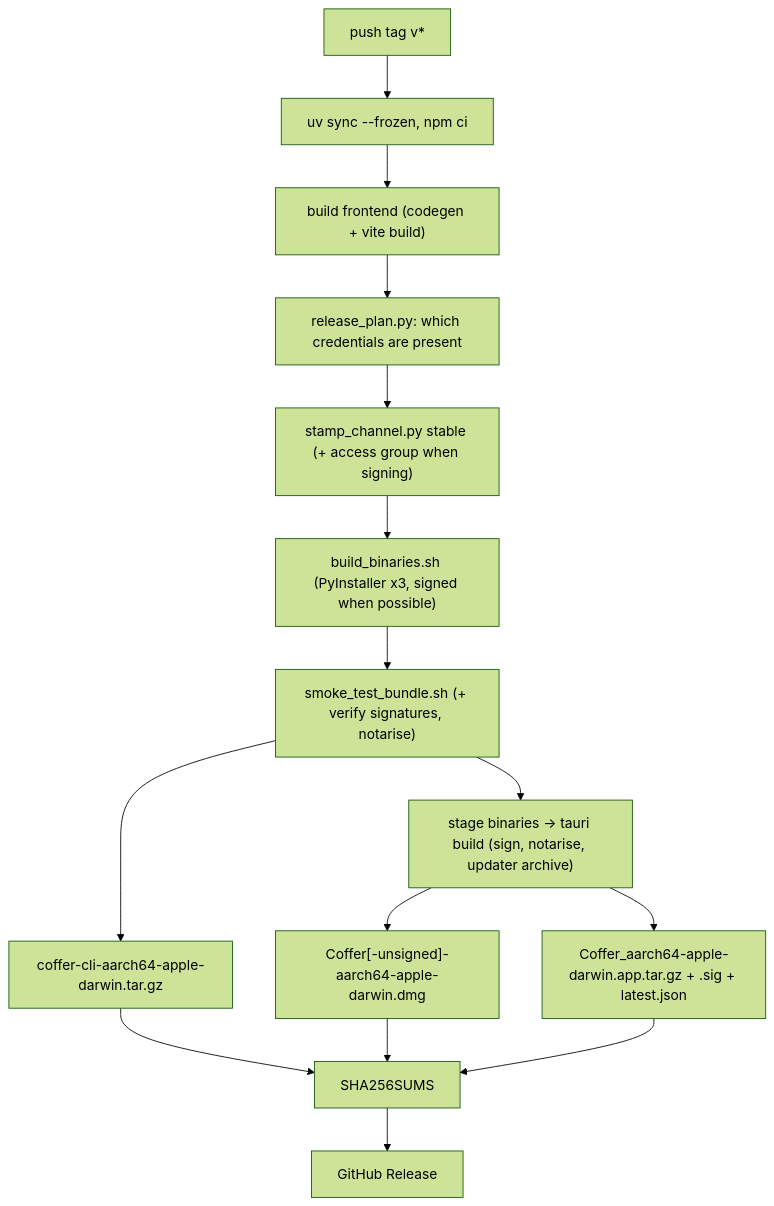
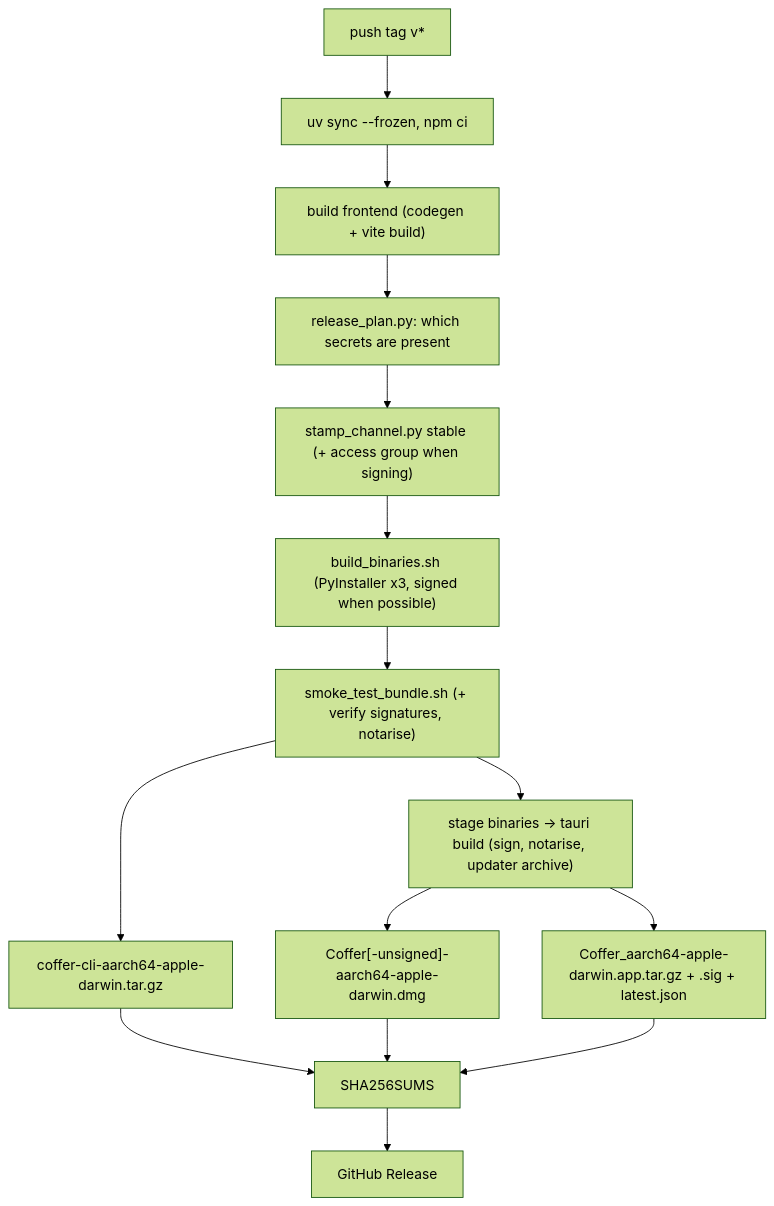
The first of 4 diagrams in docs-site/architecture/distribution.md (wyx-sg/Coffer), drawn with Mermaid (forest theme) before and after one commit. The commit also changed other lines of this file and 584 other files, not shown here.

````diff
--- a/docs-site/architecture/distribution.md
+++ b/docs-site/architecture/distribution.md
@@ -60,17 +60,17 @@
 ```mermaid
 flowchart TD
     T["push tag v*"] --> I["uv sync --frozen, npm ci"]
     I --> F["build frontend (codegen + vite build)"]
-    F --> P["release_plan.py: which credentials are present"]
+    F --> P["release_plan.py: which secrets are present"]
     P --> S["stamp_channel.py stable (+ access group when signing)"]
     S --> B["build_binaries.sh (PyInstaller x3, signed when possible)"]
     B --> K["smoke_test_bundle.sh (+ verify signatures, notarise)"]
     K --> A["coffer-cli-aarch64-apple-darwin.tar.gz"]
     K --> D["stage binaries → tauri build (sign, notarise, updater archive)"]
     D --> G["Coffer[-unsigned]-aarch64-apple-darwin.dmg"]
     D --> U["Coffer_aarch64-apple-darwin.app.tar.gz + .sig + latest.json"]
     A --> H["SHA256SUMS"]
     G --> H
     U --> H
     H --> R["GitHub Release"]
 ```
````
